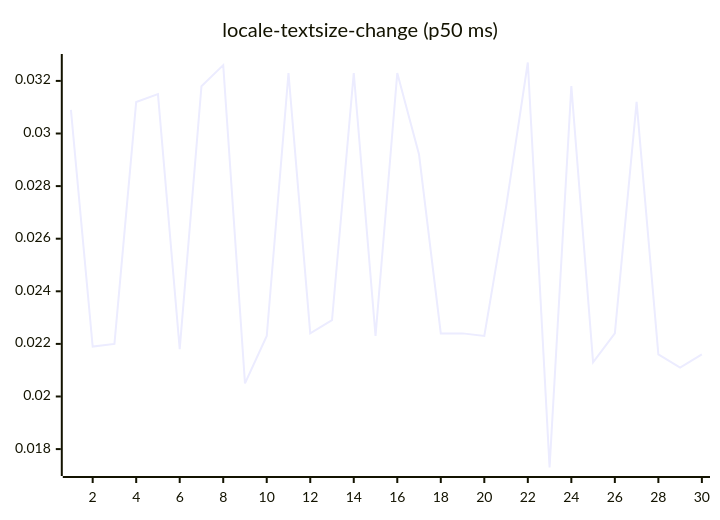
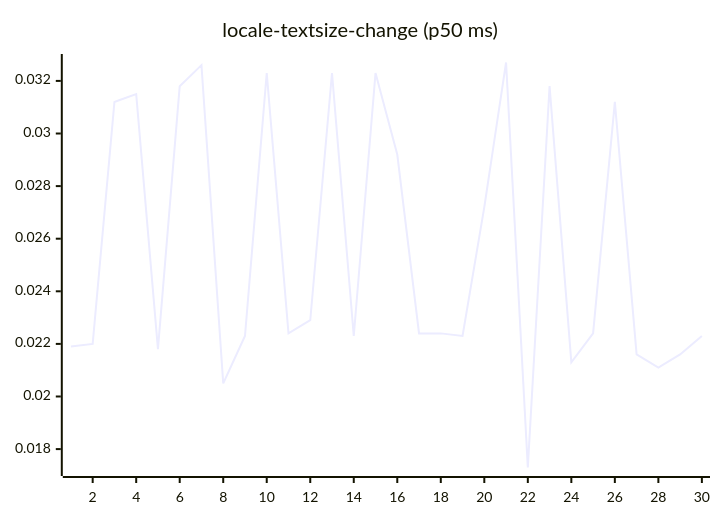
Diagram 13 of 27 in README.md (josha/Facet), drawn with Mermaid before and after one commit. The commit also changed other lines of this file and 2 other files, not shown here.

````diff
--- a/README.md
+++ b/README.md
@@ -147,6 +147,6 @@
 ```mermaid
 xychart-beta
     title "locale-textsize-change (p50 ms)"
     x-axis 1 --> 30
-    line [0.0309, 0.0219, 0.0220, 0.0312, 0.0315, 0.0218, 0.0318, 0.0326, 0.0205, 0.0223, 0.0323, 0.0224, 0.0229, 0.0323, 0.0223, 0.0323, 0.0292, 0.0224, 0.0224, 0.0223, 0.0272, 0.0327, 0.0173, 0.0318, 0.0213, 0.0224, 0.0312, 0.0216, 0.0211, 0.0216]
+    line [0.0219, 0.0220, 0.0312, 0.0315, 0.0218, 0.0318, 0.0326, 0.0205, 0.0223, 0.0323, 0.0224, 0.0229, 0.0323, 0.0223, 0.0323, 0.0292, 0.0224, 0.0224, 0.0223, 0.0272, 0.0327, 0.0173, 0.0318, 0.0213, 0.0224, 0.0312, 0.0216, 0.0211, 0.0216, 0.0223]
 ```
````
